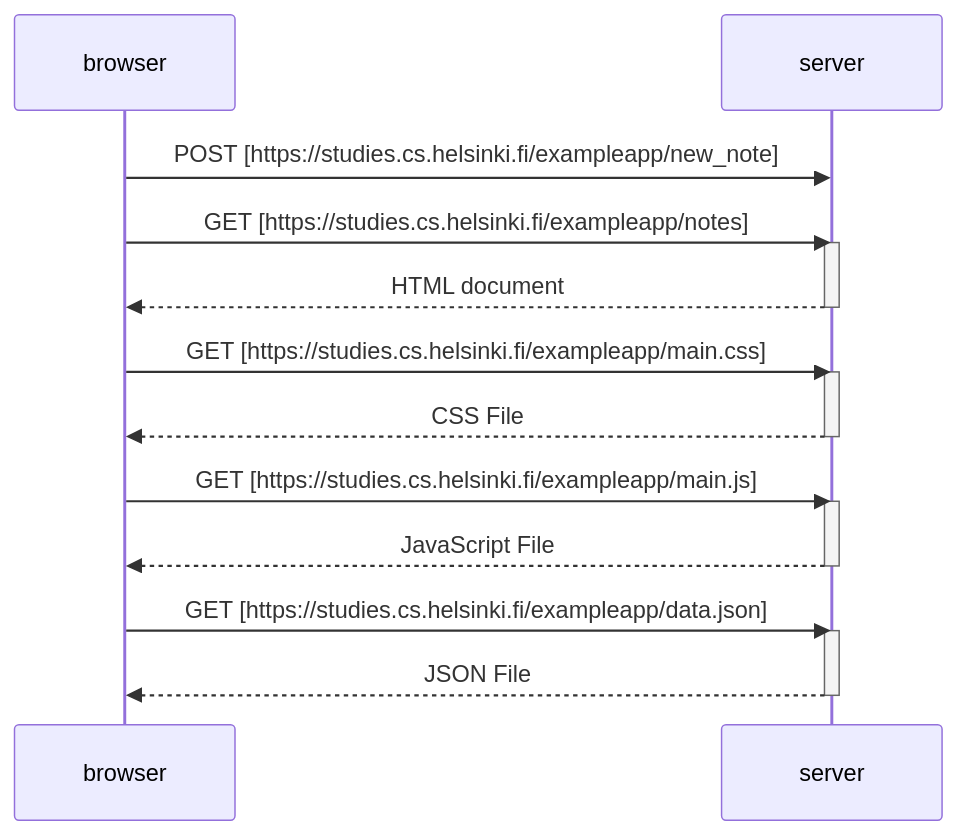
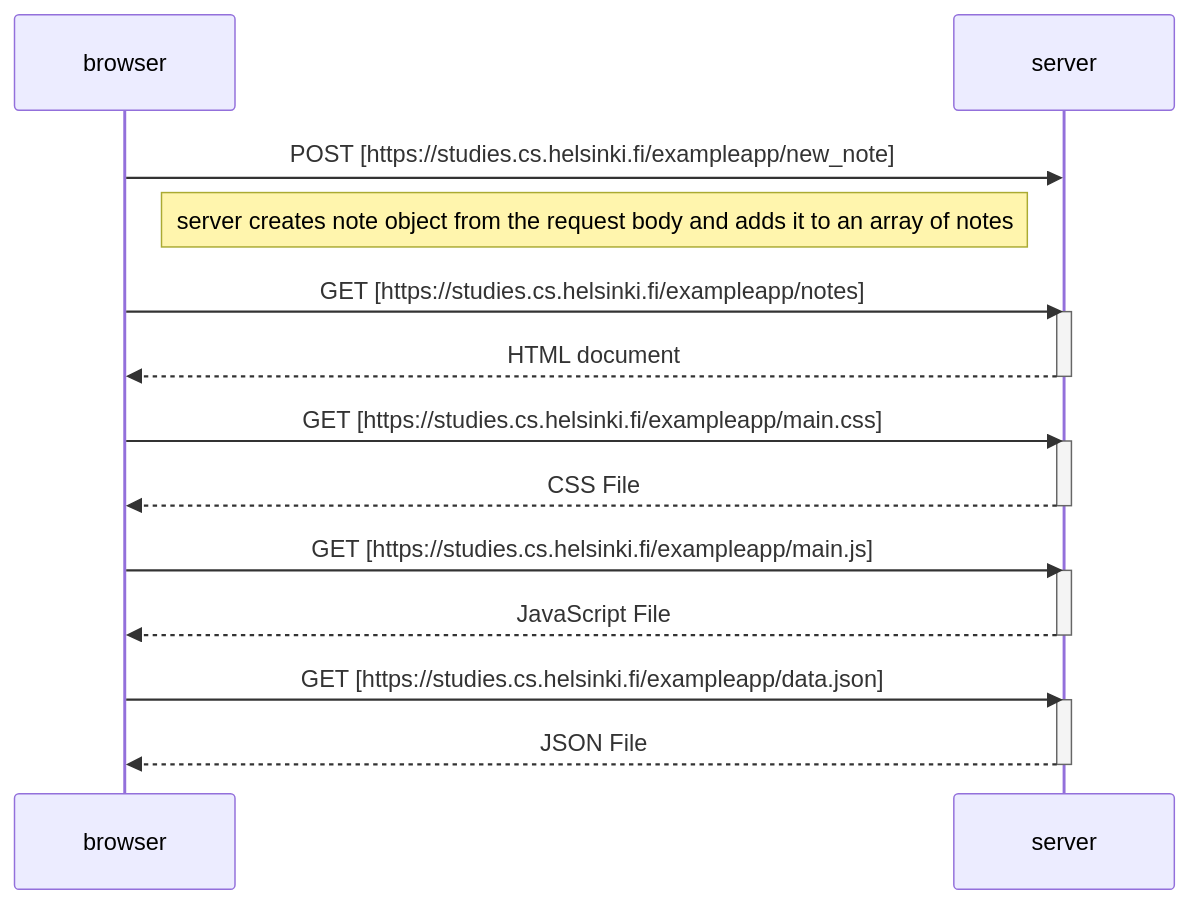
The diagram in add_note_mermaid.md (JNeed/JN_Helsinki_Course), drawn with Mermaid before and after one commit.

Commit message:
Update add_note_mermaid.md
Added description of post request.

````diff
--- a/add_note_mermaid.md
+++ b/add_note_mermaid.md
@@ -1,22 +1,23 @@
 ```mermaid
 sequenceDiagram
     participant browser
     participant server
  browser->>server: POST [https://studies.cs.helsinki.fi/exampleapp/new_note]
+ Note right of browser: server creates note object from the request body and adds it to an array of notes
  browser->>server: GET [https://studies.cs.helsinki.fi/exampleapp/notes]
     activate server
     server-->>browser: HTML document
     deactivate server
  browser->>server: GET [https://studies.cs.helsinki.fi/exampleapp/main.css]
     activate server
     server-->>browser: CSS File
     deactivate server
  browser->>server: GET [https://studies.cs.helsinki.fi/exampleapp/main.js]
     activate server
     server-->>browser: JavaScript File
     deactivate server
  browser->>server: GET [https://studies.cs.helsinki.fi/exampleapp/data.json]
     activate server
     server-->>browser: JSON File
     deactivate server
 ```
````
